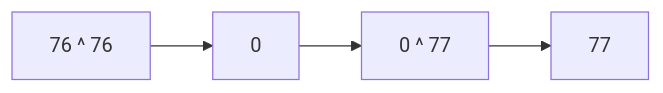
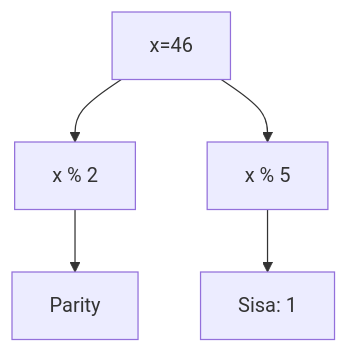
The eighth of 25 diagrams in part-c-pemahaman-cpp/06-bitwise/latihan/set-02.md (amnahwaida/OSNK_INF_PREP), drawn with Mermaid before and after one commit. The commit also changed other lines of this file and 71 other files, not shown here.

````diff
--- a/part-c-pemahaman-cpp/06-bitwise/latihan/set-02.md
+++ b/part-c-pemahaman-cpp/06-bitwise/latihan/set-02.md
@@ -247,6 +236,7 @@
 ```mermaid
-graph LR
-    A["76 ^ 76"] --> B[0]
-    B --> C["0 ^ 77"]
-    C --> D["77"]
+graph TD
+A[x=46] --> B[x % 2]
+B --> C[Parity]
+A --> D[x % 5]
+D --> E[Sisa: 1]
 ```
````
